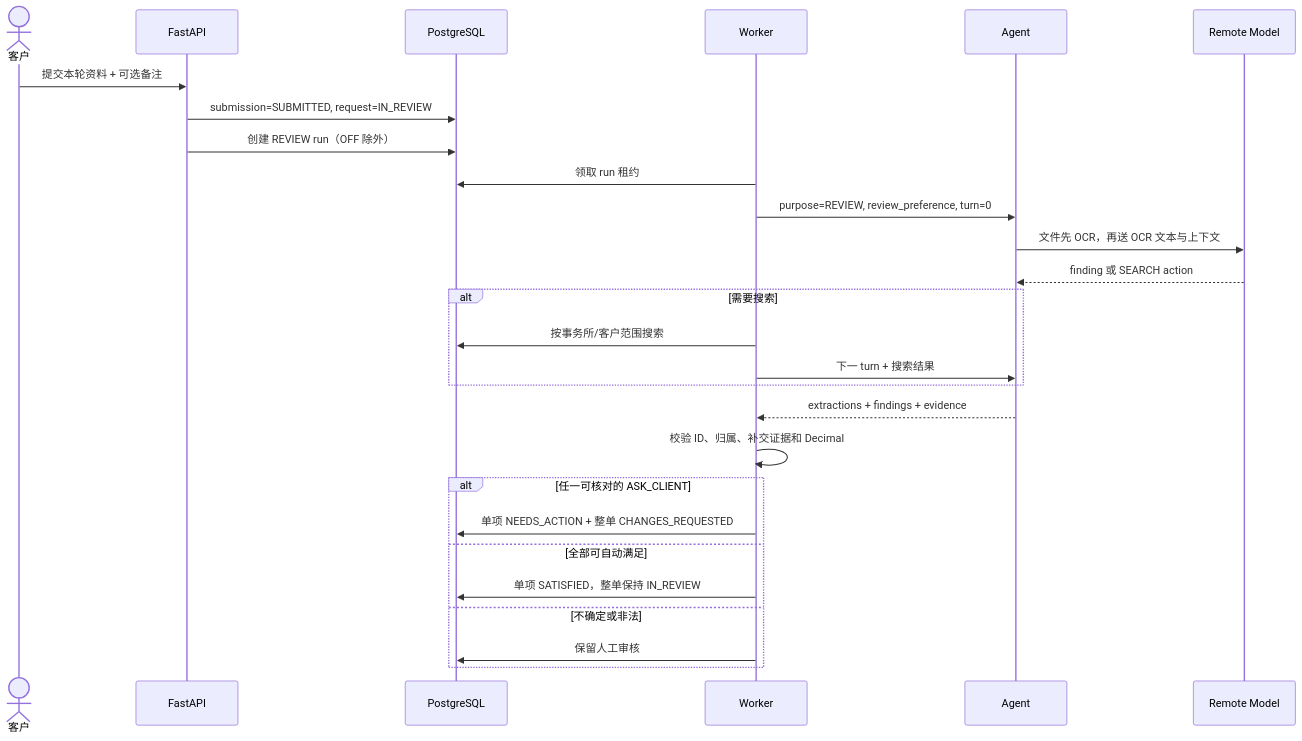
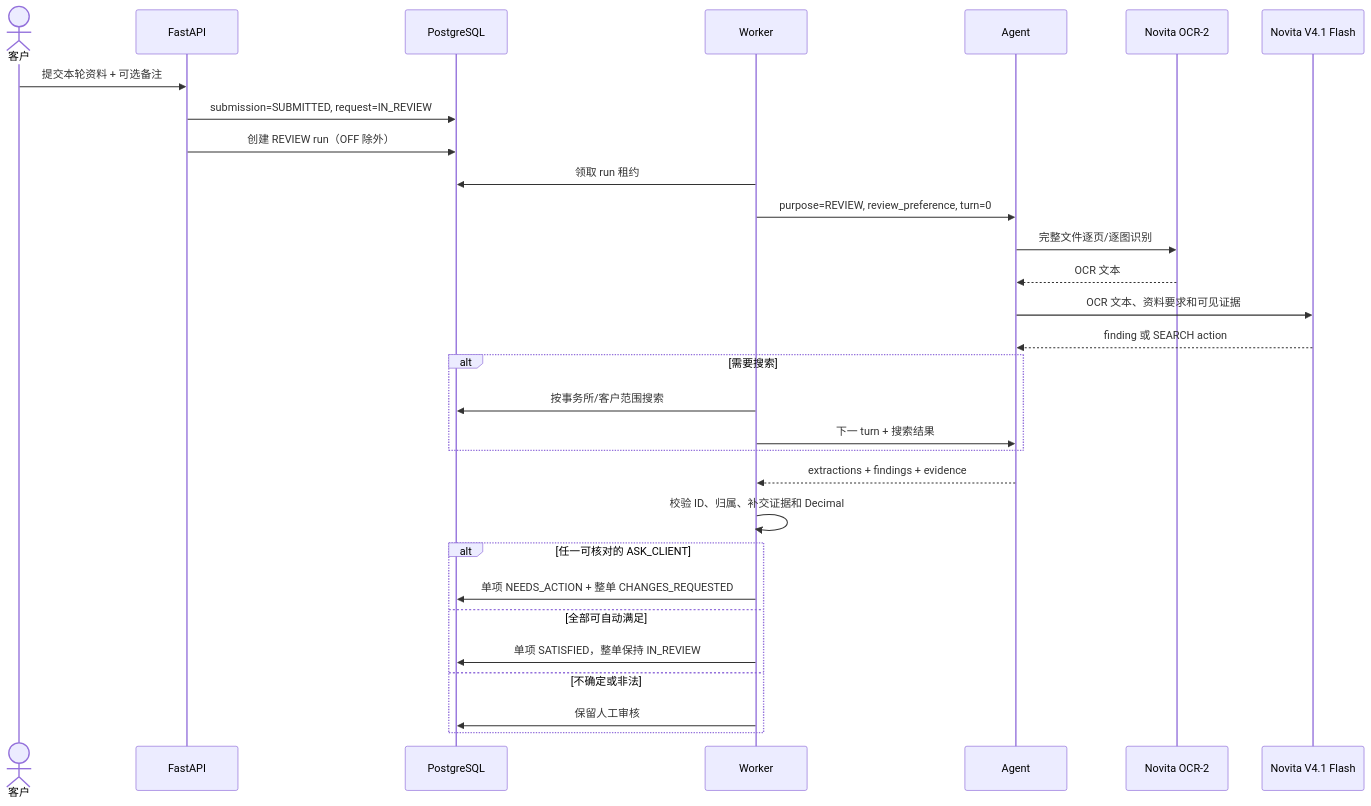
One commit to multi-mind-nus/acc-system-docs changed the fourth of 7 diagrams in README_系统设计说明书.md. Above: the diagram before and after it, drawn with Mermaid. The commit also changed other lines of this file and 5 other files, not shown here.

Commit message:
docs: add Folio architecture diagrams and refresh design documentation

````diff
--- a/README_系统设计说明书.md
+++ b/README_系统设计说明书.md
@@ -339,30 +358,33 @@
 ```mermaid
 sequenceDiagram
     actor Client as 客户
     participant API as FastAPI
     participant DB as PostgreSQL
     participant Worker as Worker
     participant Agent as Agent
-    participant Model as Remote Model
+    participant OCR as Novita OCR-2
+    participant Flash as Novita V4.1 Flash
 
     Client->>API: 提交本轮资料 + 可选备注
     API->>DB: submission=SUBMITTED, request=IN_REVIEW
     API->>DB: 创建 REVIEW run（OFF 除外）
     Worker->>DB: 领取 run 租约
     Worker->>Agent: purpose=REVIEW, review_preference, turn=0
-    Agent->>Model: 文件先 OCR，再送 OCR 文本与上下文
-    Model-->>Agent: finding 或 SEARCH action
+    Agent->>OCR: 完整文件逐页/逐图识别
+    OCR-->>Agent: OCR 文本
+    Agent->>Flash: OCR 文本、资料要求和可见证据
+    Flash-->>Agent: finding 或 SEARCH action
     alt 需要搜索
         Worker->>DB: 按事务所/客户范围搜索
         Worker->>Agent: 下一 turn + 搜索结果
     end
     Agent-->>Worker: extractions + findings + evidence
     Worker->>Worker: 校验 ID、归属、补交证据和 Decimal
     alt 任一可核对的 ASK_CLIENT
         Worker->>DB: 单项 NEEDS_ACTION + 整单 CHANGES_REQUESTED
     else 全部可自动满足
         Worker->>DB: 单项 SATISFIED，整单保持 IN_REVIEW
     else 不确定或非法
         Worker->>DB: 保留人工审核
     end
 ```
````
